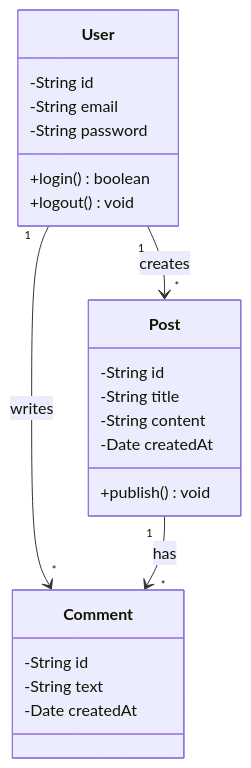
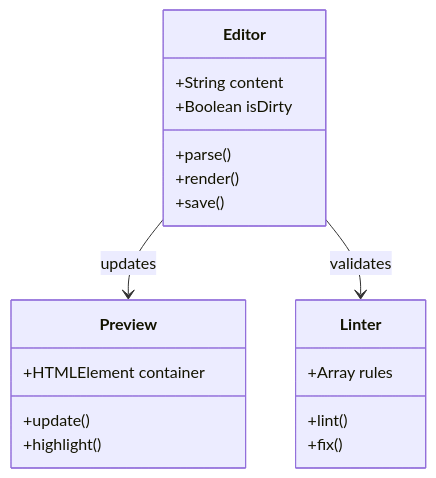
Before and after one commit to jorgefl8/CodeInk: the fifth of 5 diagrams in src/lib/default-markdown.md, drawn with Mermaid. The commit also changed other lines of this file, not shown here.

````diff
--- a/src/lib/default-markdown.md
+++ b/src/lib/default-markdown.md
@@ -247,28 +229,22 @@
 ```mermaid
 classDiagram
-    class User {
-        -String id
-        -String email
-        -String password
-        +login() boolean
-        +logout() void
+    class Editor {
+        +String content
+        +Boolean isDirty
+        +parse()
+        +render()
+        +save()
     }
-    
-    class Post {
-        -String id
-        -String title
-        -String content
-        -Date createdAt
-        +publish() void
+    class Preview {
+        +HTMLElement container
+        +update()
+        +highlight()
     }
-    
-    class Comment {
-        -String id
-        -String text
-        -Date createdAt
+    class Linter {
+        +Array rules
+        +lint()
+        +fix()
     }
-    
-    User "1" --> "*" Post : creates
-    User "1" --> "*" Comment : writes
-    Post "1" --> "*" Comment : has
+    Editor --> Preview : updates
+    Editor --> Linter : validates
 ```
````
